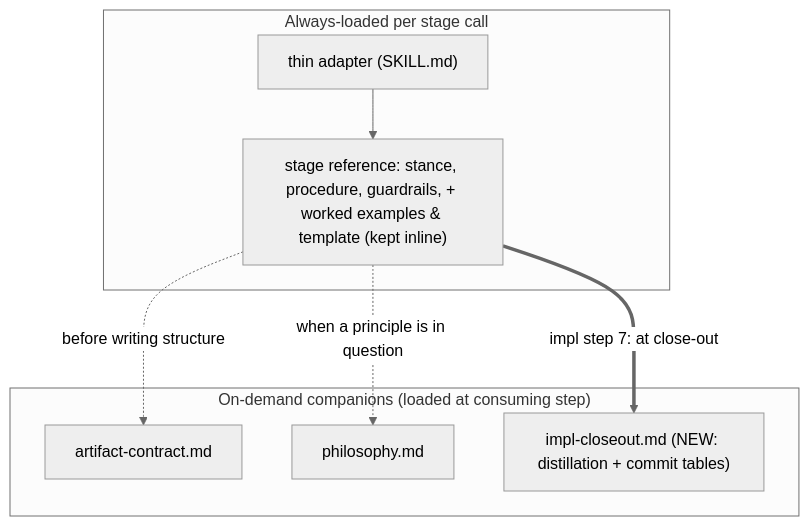
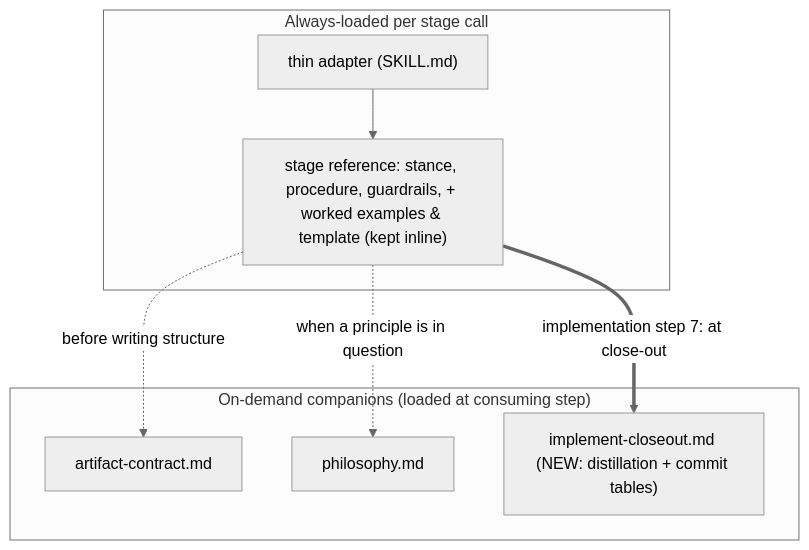
One commit to mynghn/leanplan changed the diagram in docs/features/260621-reflexive-surface-budget/design.md. Above: the diagram before and after it, drawn with Mermaid (neutral theme). The commit also changed other lines of this file and 35 other files, not shown here.

````diff
--- a/docs/features/260621-reflexive-surface-budget/design.md
+++ b/docs/features/260621-reflexive-surface-budget/design.md
@@ -7,14 +7,14 @@
 ```mermaid
 flowchart TD
     subgraph always["Always-loaded per stage call"]
       A["thin adapter (SKILL.md)"] --> R["stage reference: stance, procedure, guardrails, + worked examples & template (kept inline)"]
     end
     subgraph ondemand["On-demand companions (loaded at consuming step)"]
       C1["artifact-contract.md"]
       C2["philosophy.md"]
-      NEW["impl-closeout.md (NEW: distillation + commit tables)"]
+      NEW["implement-closeout.md (NEW: distillation + commit tables)"]
     end
     R -.->|"before writing structure"| C1
     R -.->|"when a principle is in question"| C2
-    R ==>|"impl step 7: at close-out"| NEW
+    R ==>|"implementation step 7: at close-out"| NEW
 ```
````
